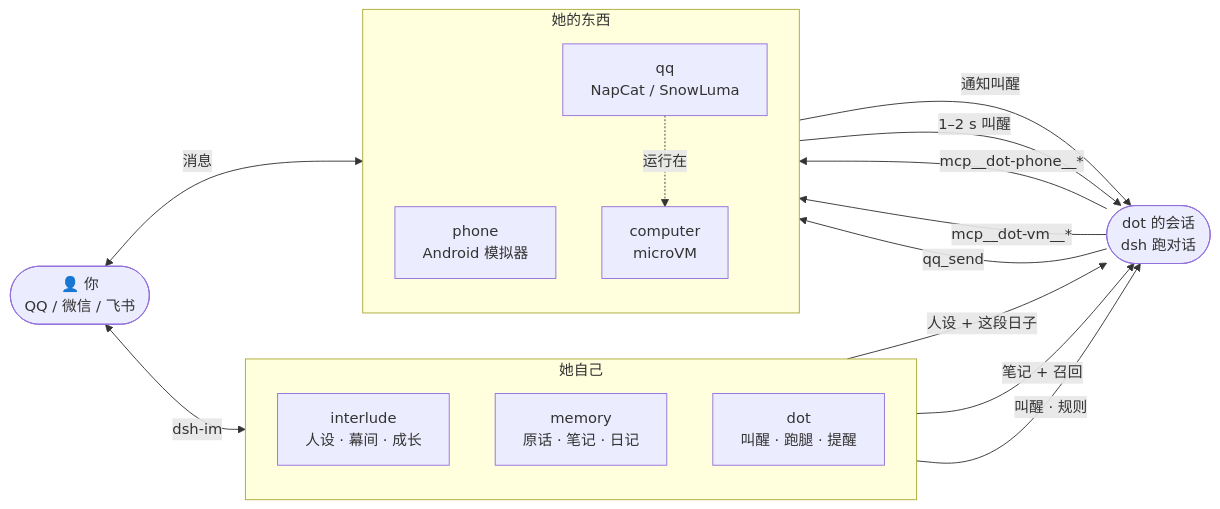
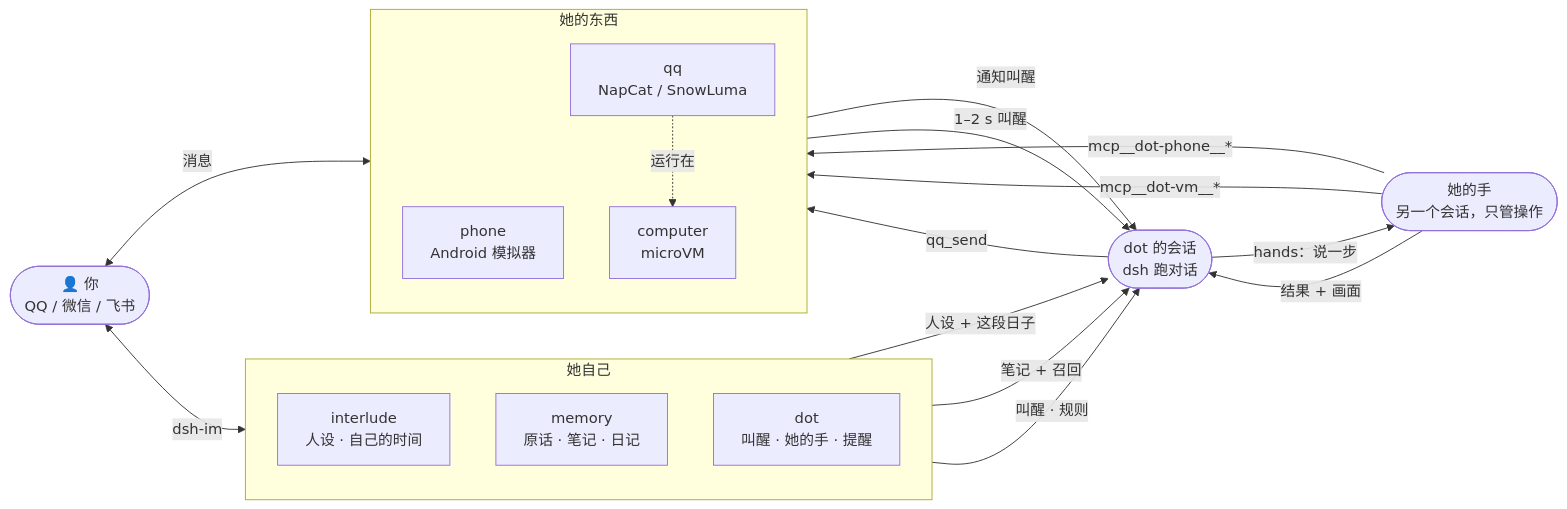
The diagram in README.md (Kevinwu901113/dsh-dot), drawn with Mermaid before and after one commit. The commit also changed other lines of this file and 15 other files, not shown here.

````diff
--- a/README.md
+++ b/README.md
@@ -184,29 +184,32 @@
 ```mermaid
 flowchart LR
     you(["👤 你<br/>QQ / 微信 / 飞书"])
     subgraph self["她自己"]
         direction TB
-        interlude["interlude<br/>人设 · 幕间 · 成长"]
+        interlude["interlude<br/>人设 · 自己的时间"]
         memory["memory<br/>原话 · 笔记 · 日记"]
-        contact["dot<br/>叫醒 · 跑腿 · 提醒"]
+        contact["dot<br/>叫醒 · 她的手 · 提醒"]
     end
     session(["dot 的会话<br/>dsh 跑对话"])
     subgraph things["她的东西"]
         direction TB
         phone["phone<br/>Android 模拟器"]
         computer["computer<br/>microVM"]
         qq["qq<br/>NapCat / SnowLuma"]
     end
 
     you <-->|消息| qq
     you <-->|dsh-im| contact
     interlude -->|人设 + 这段日子| session
     memory -->|笔记 + 召回| session
     contact -->|叫醒 · 规则| session
-    session -->|mcp__dot-phone__*| phone
-    session -->|mcp__dot-vm__*| computer
+    hands(["她的手<br/>另一个会话，只管操作"])
+    session -->|hands：说一步| hands
+    hands -->|结果 + 画面| session
+    hands -->|mcp__dot-phone__*| phone
+    hands -->|mcp__dot-vm__*| computer
     session -->|qq_send| qq
     phone -->|通知叫醒| session
     qq -->|1–2 s 叫醒| session
     qq -.运行在.-> computer
 ```
````
